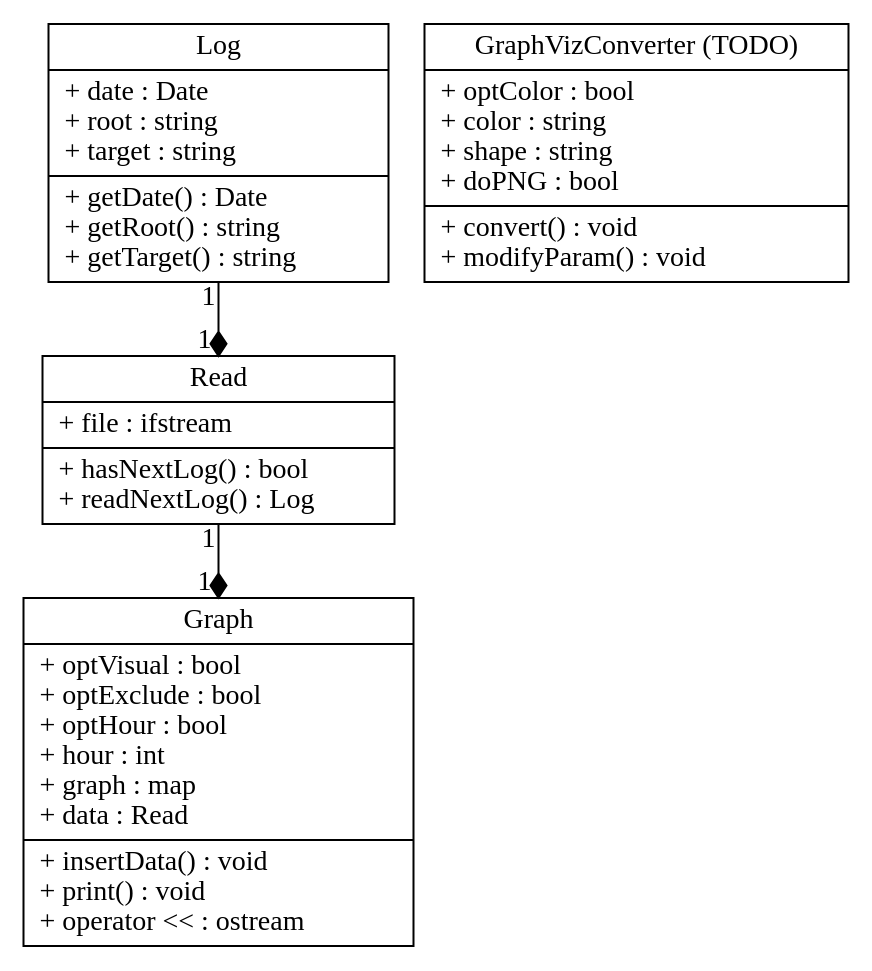
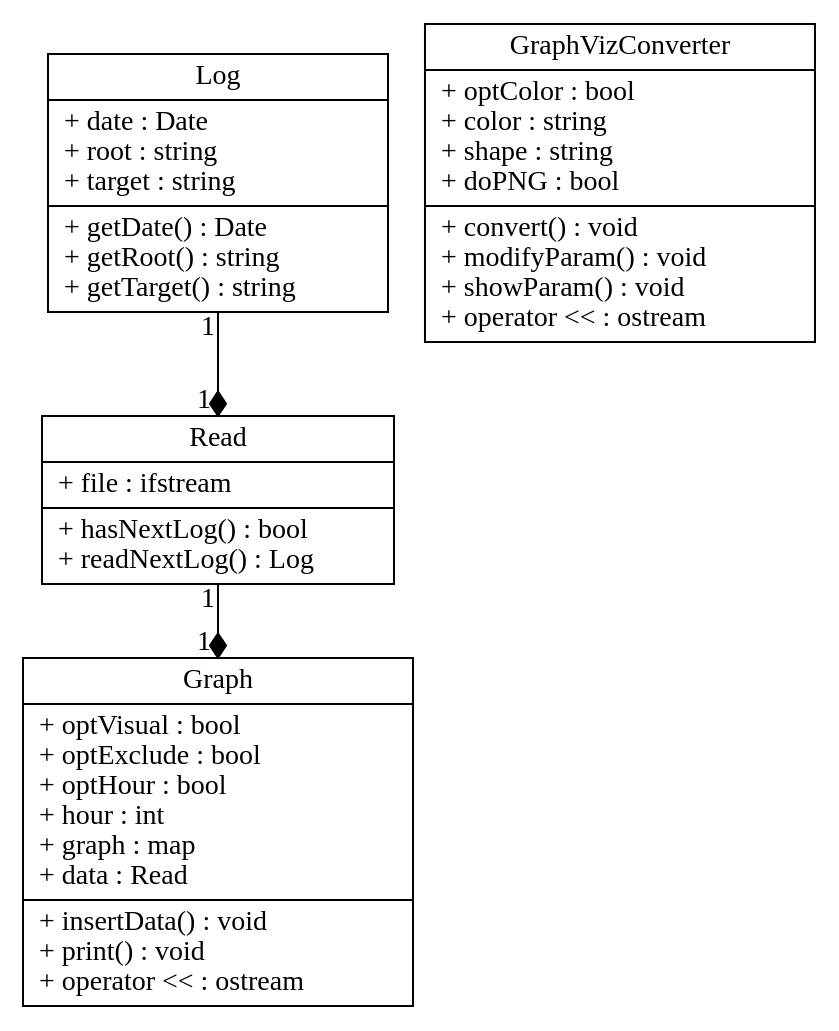
The diagram in doc/uml.dot (BuonOmo/Analogs), drawn with Graphviz before and after one commit. The commit also changed 3 other files, not shown here.

```diff
--- a/doc/uml.dot
+++ b/doc/uml.dot
@@ -1,85 +1,87 @@
 digraph UML
 {
 	Read
 	[
-		label = 
-			"{ 
-				Read 
-			| 
+		label =
+			"{
+				Read
+			|
 				+ file : ifstream\l
-			| 
+			|
 				+ hasNextLog()  : bool\l
 				+ readNextLog() : Log\l
 			}",
 		shape=record
 	]
 
 	Log
 	[
-		label = 
-			"{ 
-				Log 
+		label =
+			"{
+				Log
 			|
 				+ date   : Date\l
 				+ root   : string\l
 				+ target : string\l
-	
+
 			|
 				+ getDate()   : Date\l
 				+ getRoot()   : string\l
 				+ getTarget() : string\l
 			}",
 		shape=record
 	]
 
 	Graph1
 	[
 		label =
 			"{
-				Graph 
+				Graph
 			|
 				+ optVisual  : bool \l
 				+ optExclude : bool\l
 				+ optHour    : bool\l
 				+ hour       : int\l
 				+ graph      : map\l
 				+ data       : Read\l
 			|
 				+ insertData()  : void\l
 				+ print()       : void\l
 				+ operator \<\< : ostream\l
 			}",
 		shape=record
 	]
 
 	GraphVizConverter
 	[
 		label =
 			"{
-				GraphVizConverter (TODO)
+				GraphVizConverter
 			|
 				+ optColor : bool \l
 				+ color    : string\l
 				+ shape    : string\l
 				+ doPNG    : bool\l
 			|
 				+ convert()     : void\l
 				+ modifyParam() : void\l
+				+ showParam()   : void\l
+				+ operator \<\< : ostream\l
 			}",
 		shape=record
 	]
 
 	Log -> Read
 	[
 		arrowhead=diamond,
 		taillabel=1,
 		headlabel="1 "
 	]
 
 	Read -> Graph1
 	[
 		arrowhead=diamond,
 		taillabel=1,
 		headlabel="1 "
 	]
 }
```
